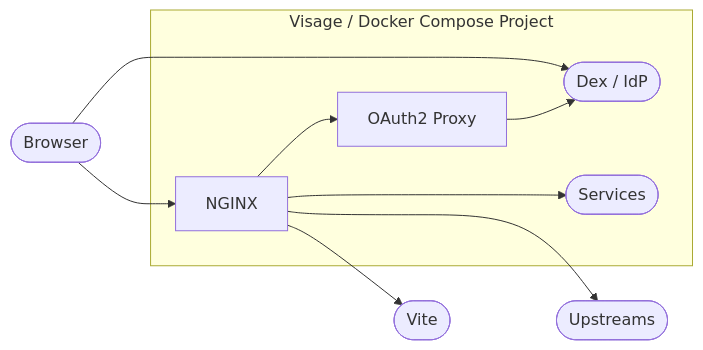
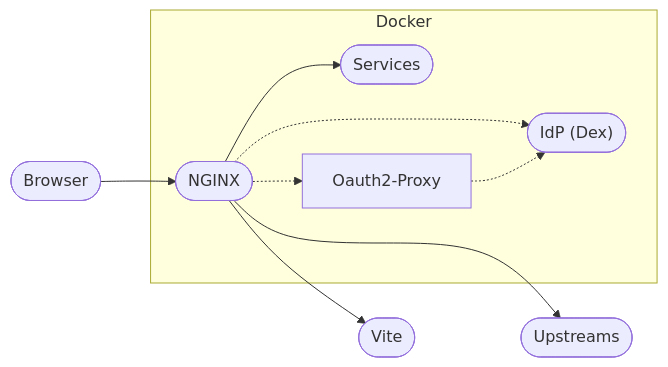
Before and after one commit to blakearoberts/visage: the diagram in README.md, drawn with Mermaid. The commit also changed other lines of this file and 22 other files, not shown here.

Commit message:
Use Visage NGINX image by default

````diff
--- a/README.md
+++ b/README.md
@@ -105,20 +105,21 @@
 ```mermaid
 flowchart LR
   browser([Browser])
-  subgraph "Visage / Docker Compose Project"
-    NGINX
-    oauth2[OAuth2 Proxy]
-    idp(["Dex / IdP"])
-    services([Services])
-  end
   vite([Vite])
   upstreams([Upstreams])
 
-  browser --> NGINX
-  browser --> idp
-  NGINX --> oauth2
-  oauth2 --> idp
-  NGINX --> vite
-  NGINX ---> services
-  NGINX ---> upstreams
+  subgraph docker[Docker]
+    nginx([NGINX])
+    services([Services])
+    Oauth2-Proxy
+    idp(["IdP (Dex)"])
+
+    nginx -.-> idp
+    nginx -.-> Oauth2-Proxy -.-> idp
+    nginx --> services
+  end
+
+  browser --> nginx
+  nginx --> vite
+  nginx ---> upstreams
 ```
````
